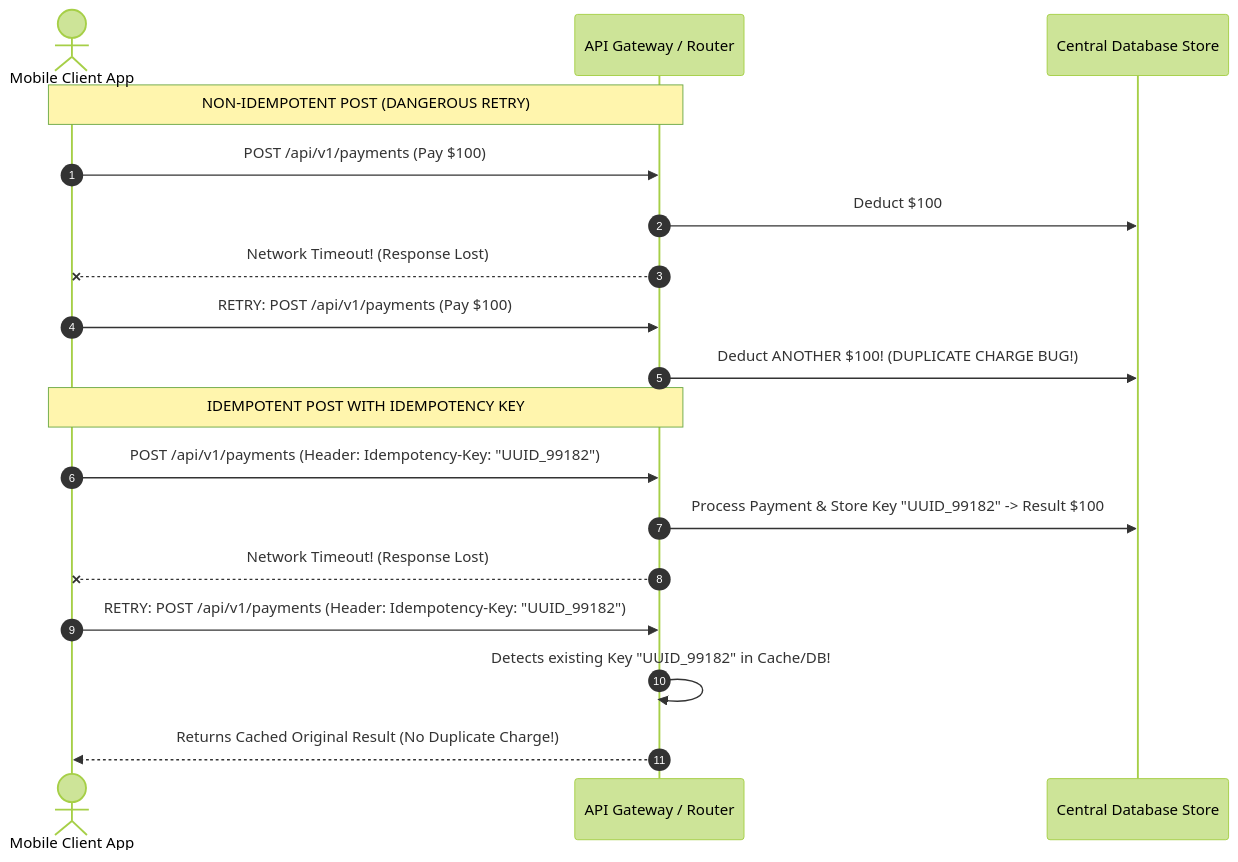
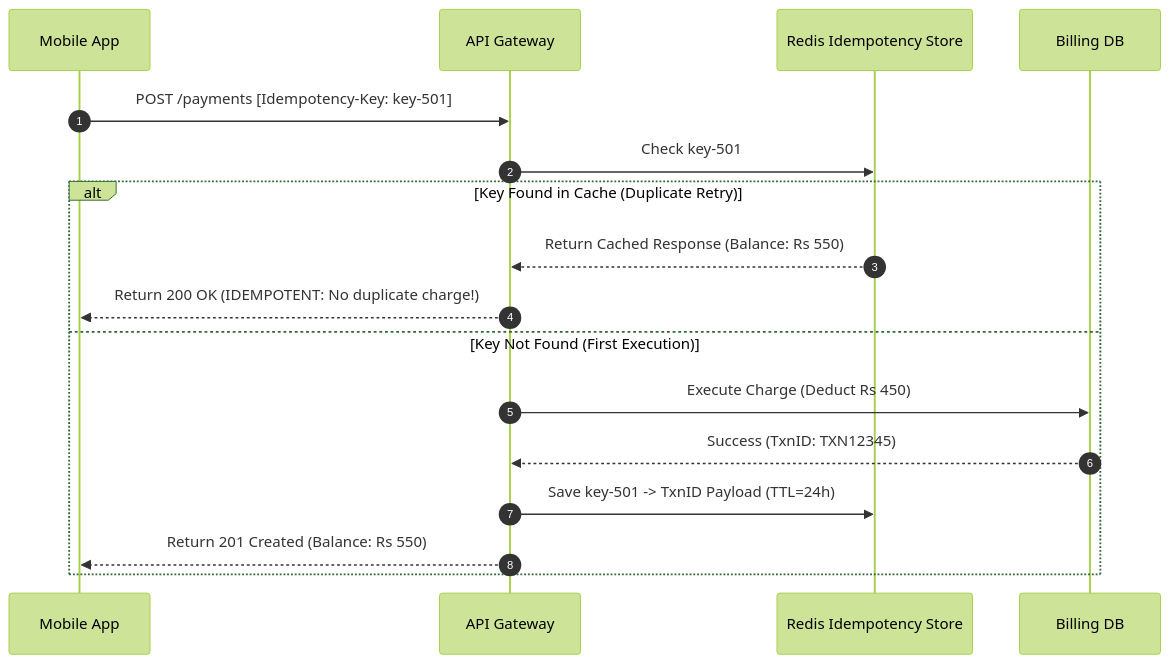
One commit to Amie-dev/engineering-playbook changed the fourth of 4 diagrams in system-design-notes/02-rest-api-design.md. Above: the diagram before and after it, drawn with Mermaid (forest theme). The commit also changed other lines of this file and 33 other files, not shown here.

````diff
--- a/system-design-notes/02-rest-api-design.md
+++ b/system-design-notes/02-rest-api-design.md
@@ -49,22 +185,20 @@
 ```mermaid
 sequenceDiagram
     autonumber
-    actor Client as Mobile Client App
-    participant Gateway as API Gateway / Router
-    participant DB as Central Database Store
+    participant App as Mobile App
+    participant Gateway as API Gateway
+    participant Cache as Redis Idempotency Store
+    participant DB as Billing DB
 
-    note over Client,Gateway: NON-IDEMPOTENT POST (DANGEROUS RETRY)
-    Client->>Gateway: POST /api/v1/payments (Pay $100)
-    Gateway->>DB: Deduct $100
-    Gateway--xClient: Network Timeout! (Response Lost)
-    Client->>Gateway: RETRY: POST /api/v1/payments (Pay $100)
-    Gateway->>DB: Deduct ANOTHER $100! (DUPLICATE CHARGE BUG!)
-
-    note over Client,Gateway: IDEMPOTENT POST WITH IDEMPOTENCY KEY
-    Client->>Gateway: POST /api/v1/payments (Header: Idempotency-Key: "UUID_99182")
-    Gateway->>DB: Process Payment & Store Key "UUID_99182" -> Result $100
-    Gateway--xClient: Network Timeout! (Response Lost)
-    Client->>Gateway: RETRY: POST /api/v1/payments (Header: Idempotency-Key: "UUID_99182")
-    Gateway->>Gateway: Detects existing Key "UUID_99182" in Cache/DB!
-    Gateway-->>Client: Returns Cached Original Result (No Duplicate Charge!)
+    App->>Gateway: POST /payments [Idempotency-Key: key-501]
+    Gateway->>Cache: Check key-501
+    alt Key Found in Cache (Duplicate Retry)
+        Cache-->>Gateway: Return Cached Response (Balance: Rs 550)
+        Gateway-->>App: Return 200 OK (IDEMPOTENT: No duplicate charge!)
+    else Key Not Found (First Execution)
+        Gateway->>DB: Execute Charge (Deduct Rs 450)
+        DB-->>Gateway: Success (TxnID: TXN12345)
+        Gateway->>Cache: Save key-501 -> TxnID Payload (TTL=24h)
+        Gateway-->>App: Return 201 Created (Balance: Rs 550)
+    end
 ```
````
